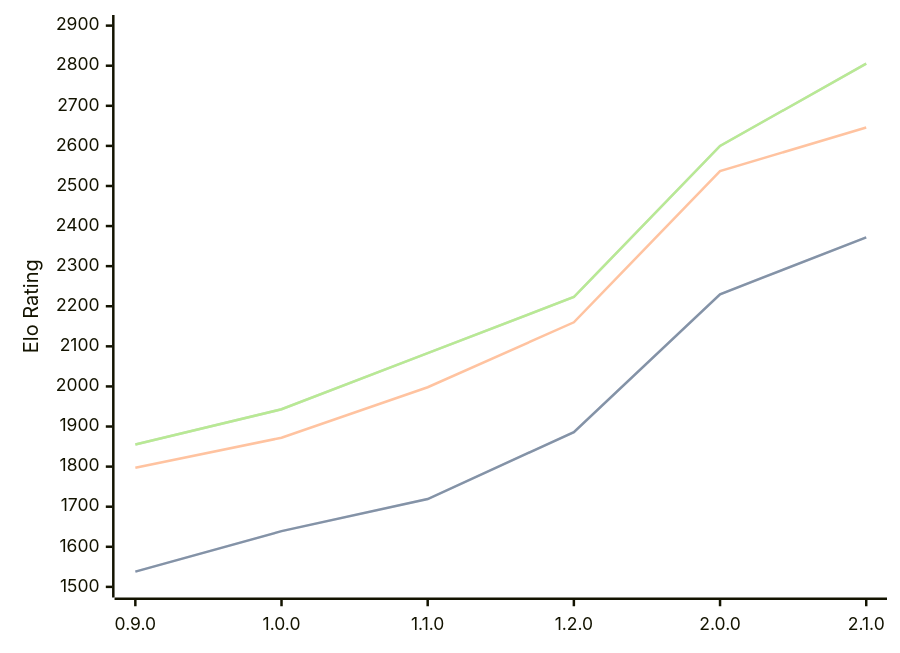
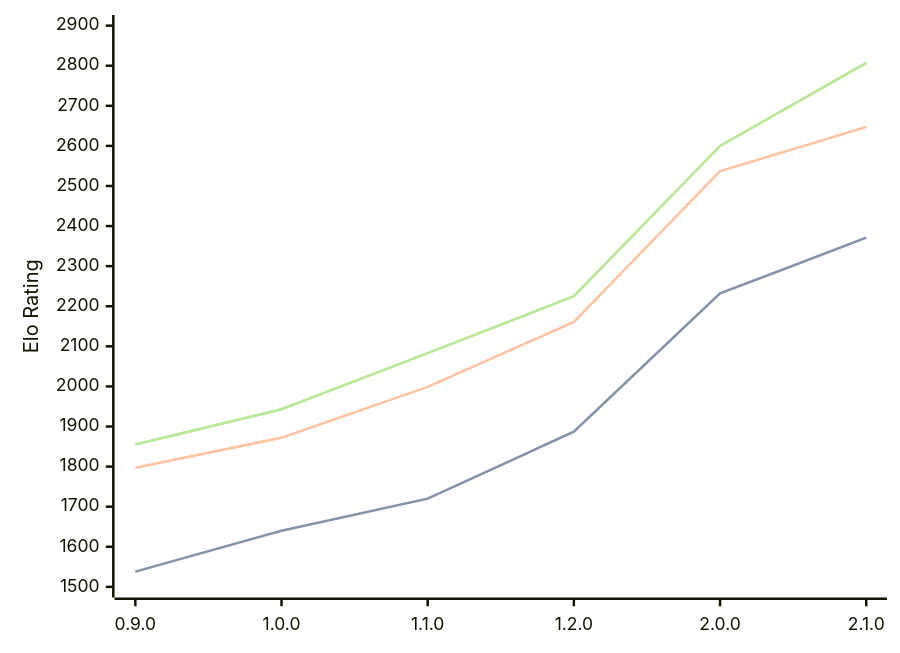
One commit to computer-chess-index/cci changed the diagram in engines/Ratsu.md. Above: the diagram before and after it, drawn with Mermaid. The commit also changed other lines of this file, not shown here.

Commit message:
Update CCI Ratings (ELO VLTC) - 2026-08-15

````diff
--- a/engines/Ratsu.md
+++ b/engines/Ratsu.md
@@ -36,11 +36,11 @@
 ```mermaid
 %%{init: {"theme":"base","themeVariables":{"seriesColors:['#a3a3a3','#222221','#faa371']}}}%%
 xychart-beta
   x-axis ["0.9.0", "1.0.0", "1.1.0", "1.2.0", "2.0.0", "2.1.0"]
   y-axis "Elo Rating" 1500 --> 2900
-  line "STC (8.0+0.08s)" [1538, 1639, 1719, 1886, 2230, 2372]
-  line "STC (8.0+0.08s)" [1538, 1639, 1719, 1886, 2230, 2372]
-  line "LTC (60.0+0.60s)" [1797, 1872, 1998, 2160, 2537, 2646]
-  line "VLTC (2m24s+1.12s)" [1855, 1943, 2083, 2223, 2600, 2805]
-  line "VLTC (2m24s+1.12s)" [1855, 1943, 2083, 2223, 2600, 2805]
+  line "STC (8.0+0.08s)" [1538, 1640, 1720, 1887, 2232, 2371]
+  line "STC (8.0+0.08s)" [1538, 1640, 1720, 1887, 2232, 2371]
+  line "LTC (60.0+0.60s)" [1797, 1872, 1999, 2161, 2537, 2647]
+  line "VLTC (2m24s+1.12s)" [1855, 1943, 2083, 2225, 2600, 2807]
+  line "VLTC (2m24s+1.12s)" [1855, 1943, 2083, 2225, 2600, 2807]
 ```
````
